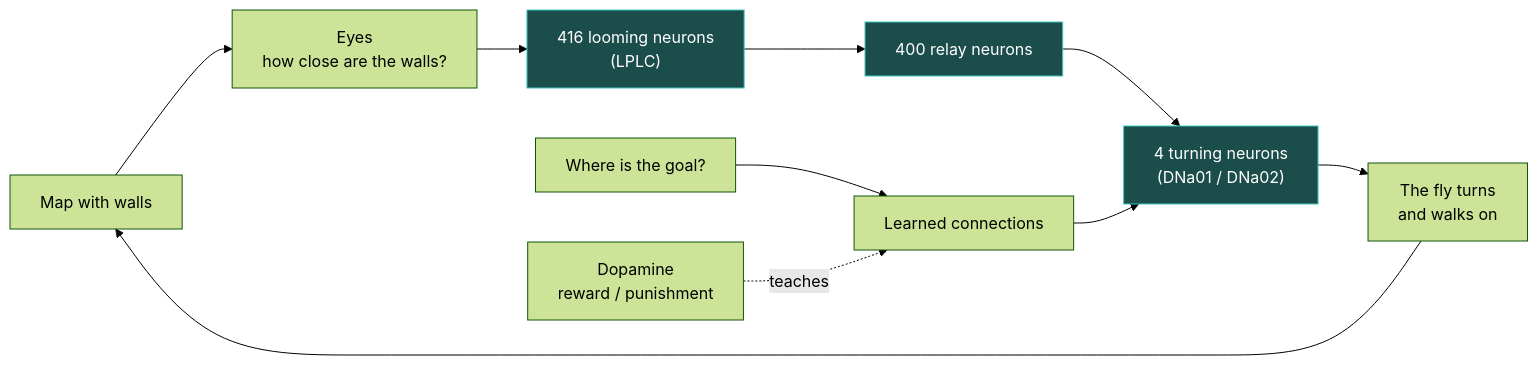
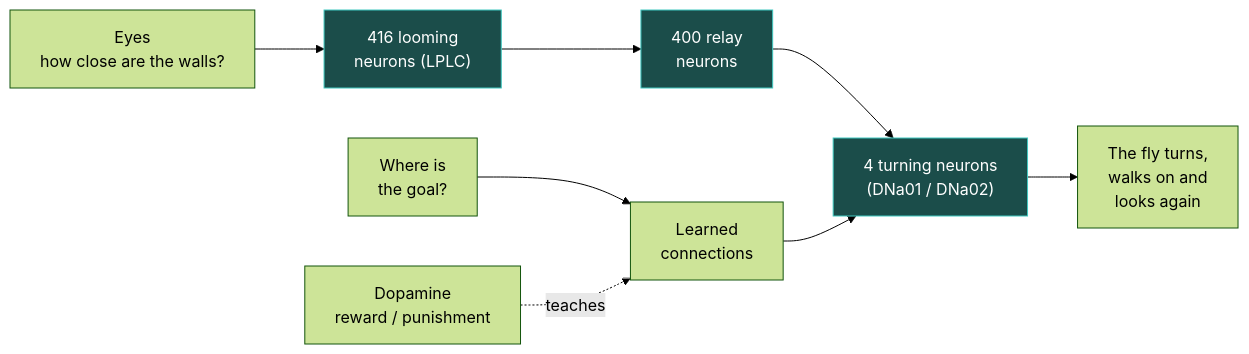
The diagram in README.md (Izu83/Echo-Fly), drawn with Mermaid (forest theme) before and after one commit.

Commit message:
Simplify the README brain diagram so it fits the page

````diff
--- a/README.md
+++ b/README.md
@@ -110,15 +110,13 @@
 ```mermaid
 flowchart LR
-    world["Map with walls"] --> eyes["Eyes<br/>how close are the walls?"]
-    eyes --> lplc["416 looming neurons<br/>(LPLC)"]
-    lplc --> relay["400 relay neurons"]
+    eyes["Eyes<br/>how close are the walls?"] --> lplc["416 looming<br/>neurons (LPLC)"]
+    lplc --> relay["400 relay<br/>neurons"]
     relay --> dna["4 turning neurons<br/>(DNa01 / DNa02)"]
-    dna --> move["The fly turns<br/>and walks on"]
-    move --> world
-    goal["Where is the goal?"] --> learned["Learned connections"]
+    dna --> move["The fly turns,<br/>walks on and<br/>looks again"]
+    goal["Where is<br/>the goal?"] --> learned["Learned<br/>connections"]
     learned --> dna
     dopamine["Dopamine<br/>reward / punishment"] -. teaches .-> learned
 
     classDef real fill:#1b4d4a,stroke:#3fc8c0,color:#ffffff
     class lplc,relay,dna real
 ```
````
